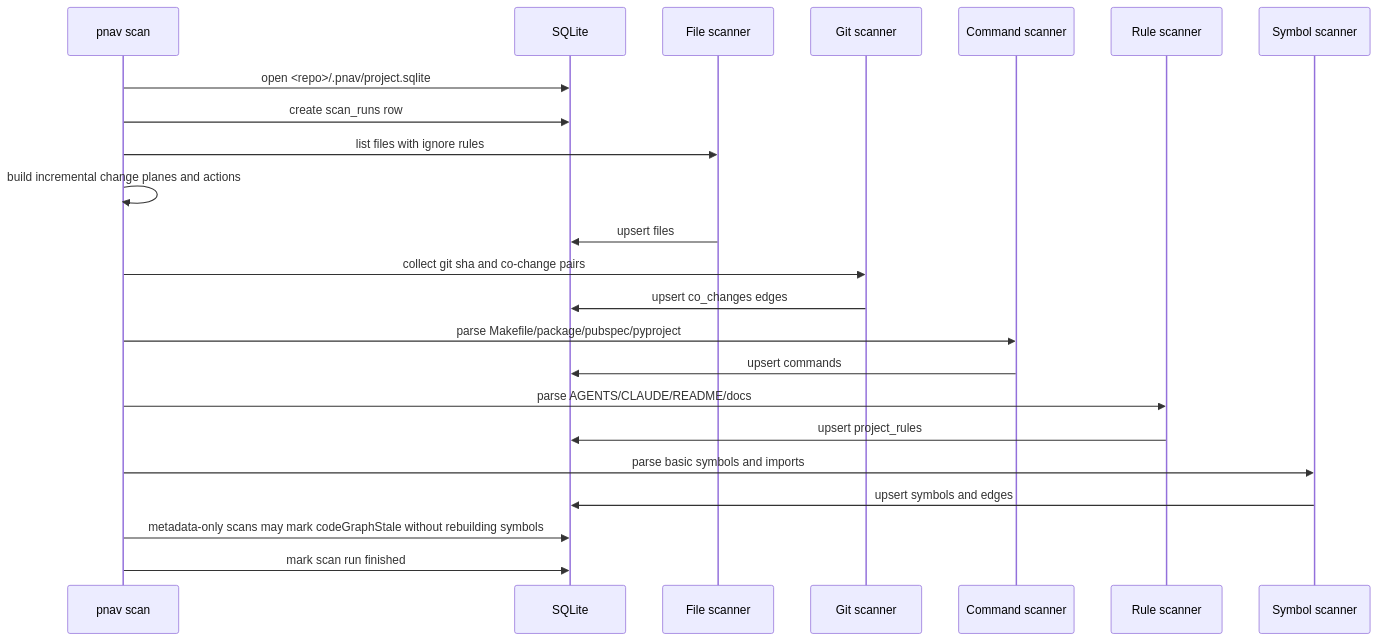
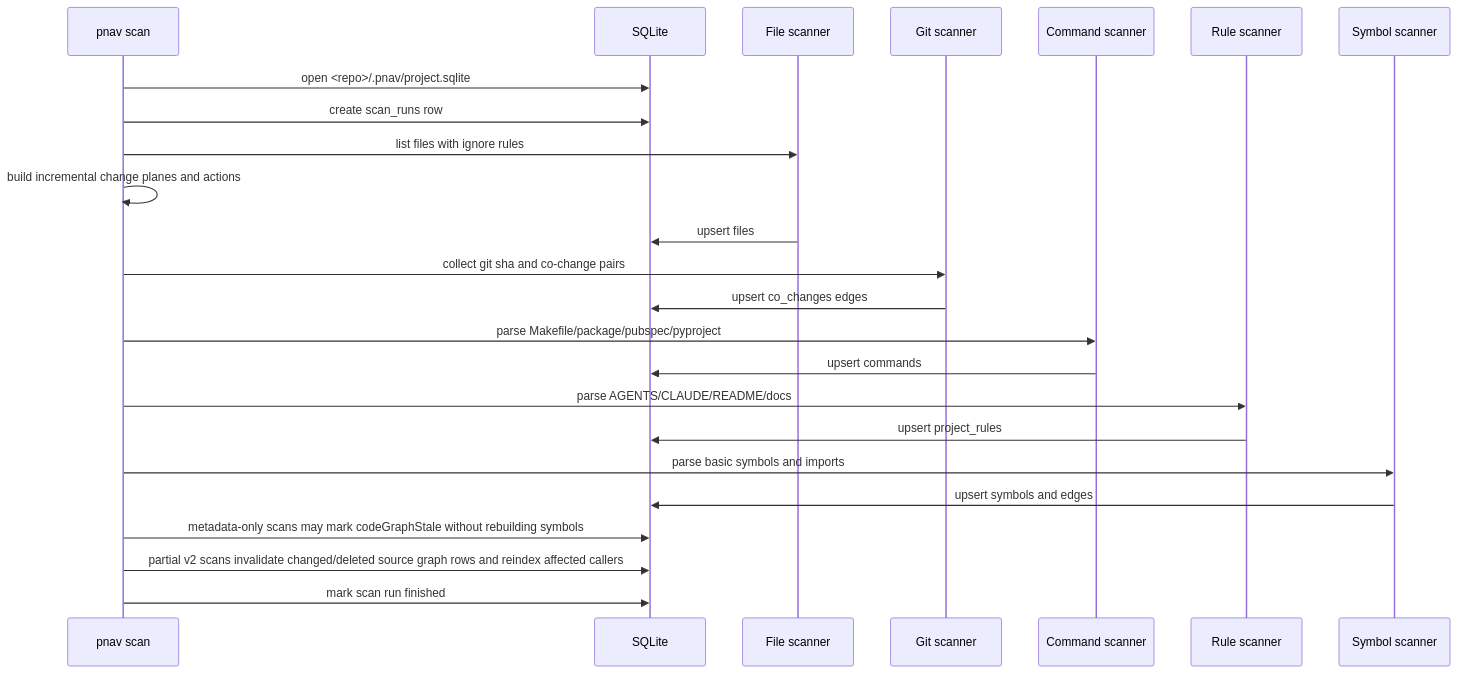
One commit to ValentinoWang/ProjectNavigatorMCP changed the third of 3 diagrams in docs/architecture.md. Above: the diagram before and after it, drawn with Mermaid. The commit also changed 25 other files, not shown here.

Commit message:
Implement v0.8.6 fresh graph runtime

````diff
--- a/docs/architecture.md
+++ b/docs/architecture.md
@@ -165,26 +165,27 @@
 ```mermaid
 sequenceDiagram
   participant CLI as pnav scan
   participant DB as SQLite
   participant FS as File scanner
   participant Git as Git scanner
   participant Cmd as Command scanner
   participant Rules as Rule scanner
   participant Symbols as Symbol scanner
 
   CLI->>DB: open <repo>/.pnav/project.sqlite
   CLI->>DB: create scan_runs row
   CLI->>FS: list files with ignore rules
   CLI->>CLI: build incremental change planes and actions
   FS->>DB: upsert files
   CLI->>Git: collect git sha and co-change pairs
   Git->>DB: upsert co_changes edges
   CLI->>Cmd: parse Makefile/package/pubspec/pyproject
   Cmd->>DB: upsert commands
   CLI->>Rules: parse AGENTS/CLAUDE/README/docs
   Rules->>DB: upsert project_rules
   CLI->>Symbols: parse basic symbols and imports
   Symbols->>DB: upsert symbols and edges
   CLI->>DB: metadata-only scans may mark codeGraphStale without rebuilding symbols
+  CLI->>DB: partial v2 scans invalidate changed/deleted source graph rows and reindex affected callers
   CLI->>DB: mark scan run finished
 ```
````
